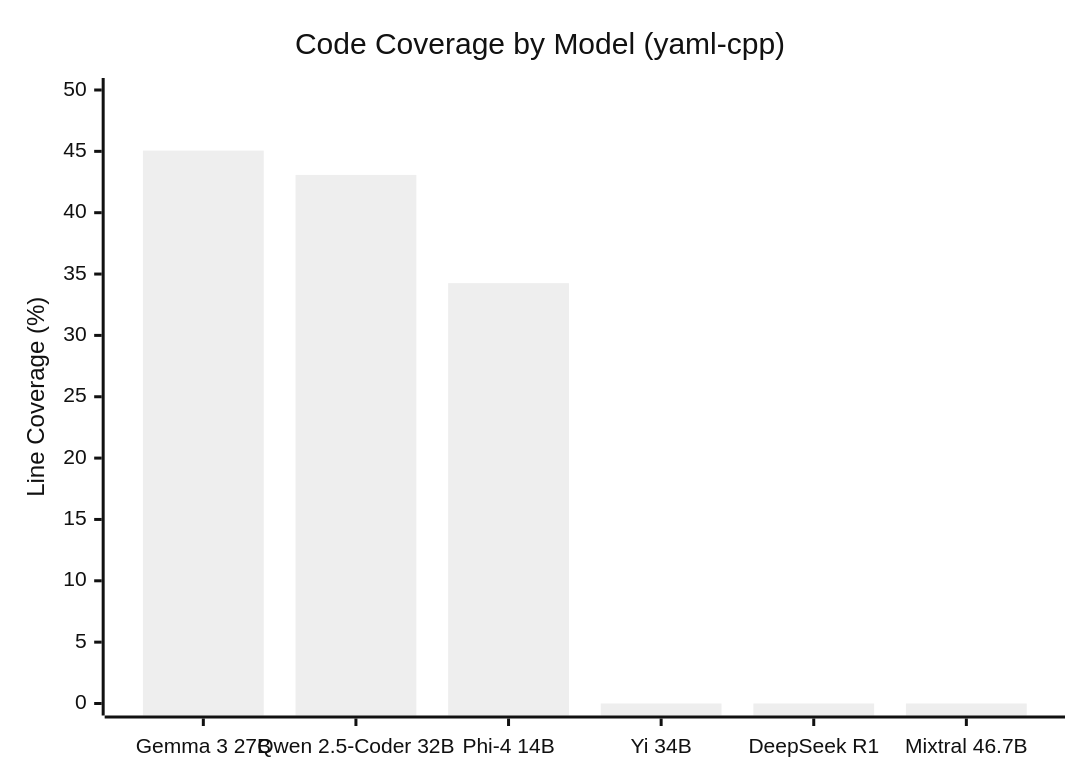
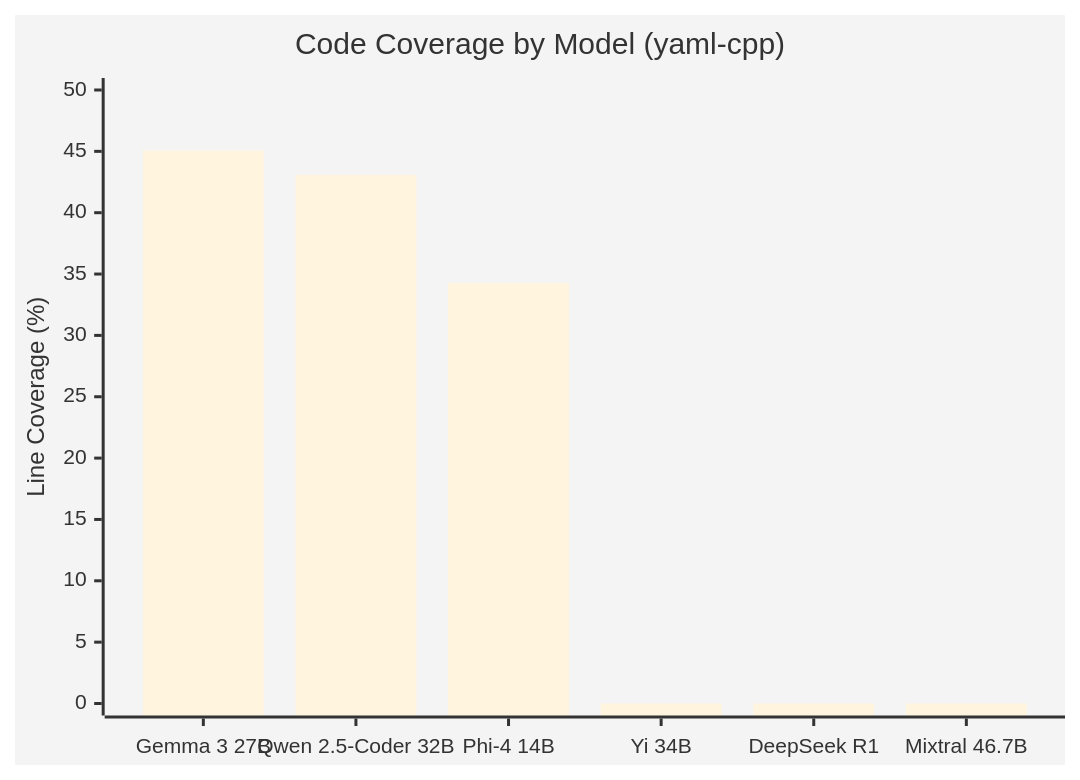
Before and after one commit to DARREN-2000/temporary: the first of 4 diagrams in Chapter_5_Experimental_Results.md, drawn with Mermaid. The commit also changed other lines of this file and 3 other files, not shown here.

Commit message:
Fix diagram colors, model names, add figure references for existing repo images

````diff
--- a/Chapter_5_Experimental_Results.md
+++ b/Chapter_5_Experimental_Results.md
@@ -155,8 +155,8 @@
 ```mermaid
-%%{init: {'theme': 'neutral'}}%%
+%%{init: {'theme': 'base', 'themeVariables': { 'primaryColor': '#4472C4'}}}%%
 xychart-beta
     title "Code Coverage by Model (yaml-cpp)"
     x-axis ["Gemma 3 27B", "Qwen 2.5-Coder 32B", "Phi-4 14B", "Yi 34B", "DeepSeek R1", "Mixtral 46.7B"]
     y-axis "Line Coverage (%)" 0 --> 50
     bar [45.06, 43.08, 34.26, 0, 0, 0]
 ```
````
